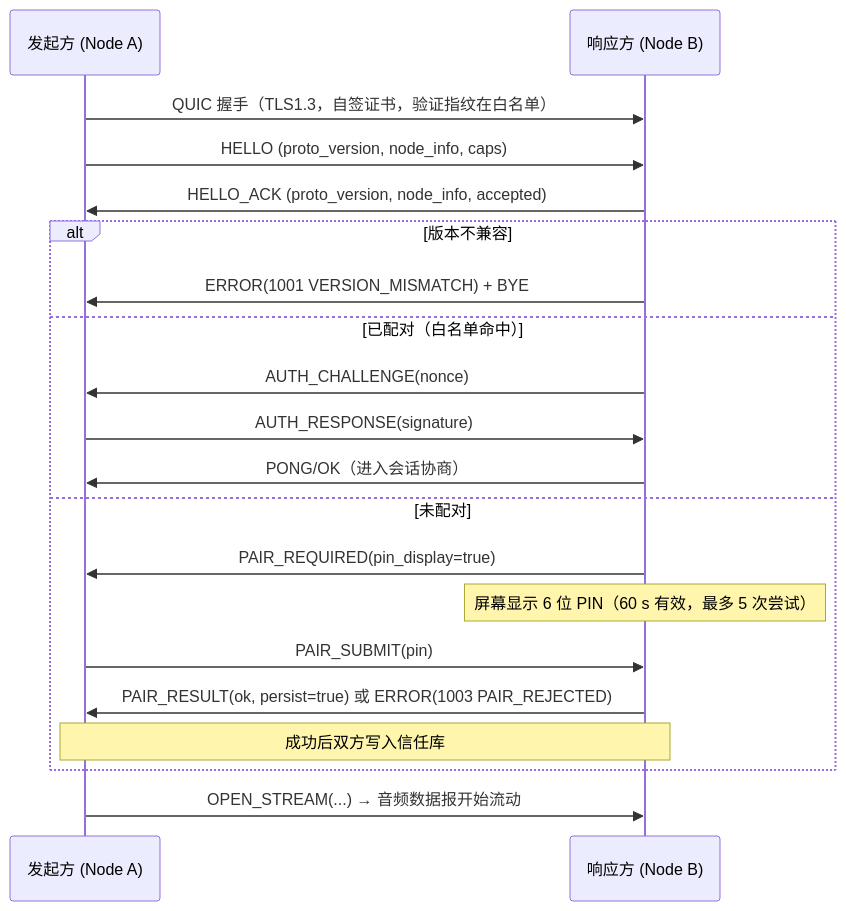
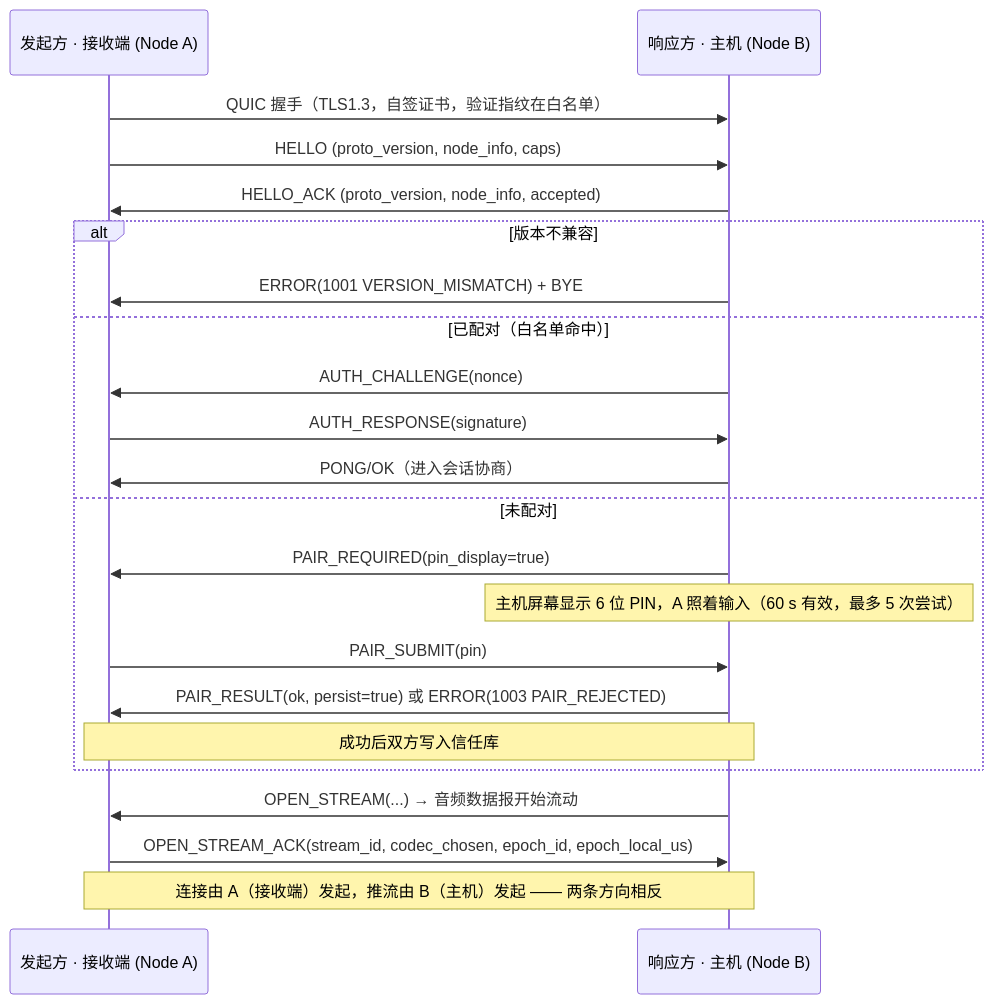
The diagram in docs/03-protocol.md (GotKiCry/AudioLink), drawn with Mermaid before and after one commit. The commit also changed other lines of this file and 97 other files, not shown here.

````diff
--- a/docs/03-protocol.md
+++ b/docs/03-protocol.md
@@ -198,23 +204,25 @@
 ```mermaid
 sequenceDiagram
-    participant A as 发起方 (Node A)
-    participant B as 响应方 (Node B)
+    participant A as 发起方 · 接收端 (Node A)
+    participant B as 响应方 · 主机 (Node B)
 
     A->>B: QUIC 握手（TLS1.3，自签证书，验证指纹在白名单）
     A->>B: HELLO (proto_version, node_info, caps)
     B->>A: HELLO_ACK (proto_version, node_info, accepted)
     alt 版本不兼容
         B->>A: ERROR(1001 VERSION_MISMATCH) + BYE
     else 已配对（白名单命中）
         B->>A: AUTH_CHALLENGE(nonce)
         A->>B: AUTH_RESPONSE(signature)
         B->>A: PONG/OK（进入会话协商）
     else 未配对
         B->>A: PAIR_REQUIRED(pin_display=true)
-        Note over B: 屏幕显示 6 位 PIN（60 s 有效，最多 5 次尝试）
+        Note over B: 主机屏幕显示 6 位 PIN，A 照着输入（60 s 有效，最多 5 次尝试）
         A->>B: PAIR_SUBMIT(pin)
         B->>A: PAIR_RESULT(ok, persist=true) 或 ERROR(1003 PAIR_REJECTED)
         Note over A,B: 成功后双方写入信任库
     end
-    A->>B: OPEN_STREAM(...) → 音频数据报开始流动
+    B->>A: OPEN_STREAM(...) → 音频数据报开始流动
+    A->>B: OPEN_STREAM_ACK(stream_id, codec_chosen, epoch_id, epoch_local_us)
+    Note over A,B: 连接由 A（接收端）发起，推流由 B（主机）发起 —— 两条方向相反
 ```
````
